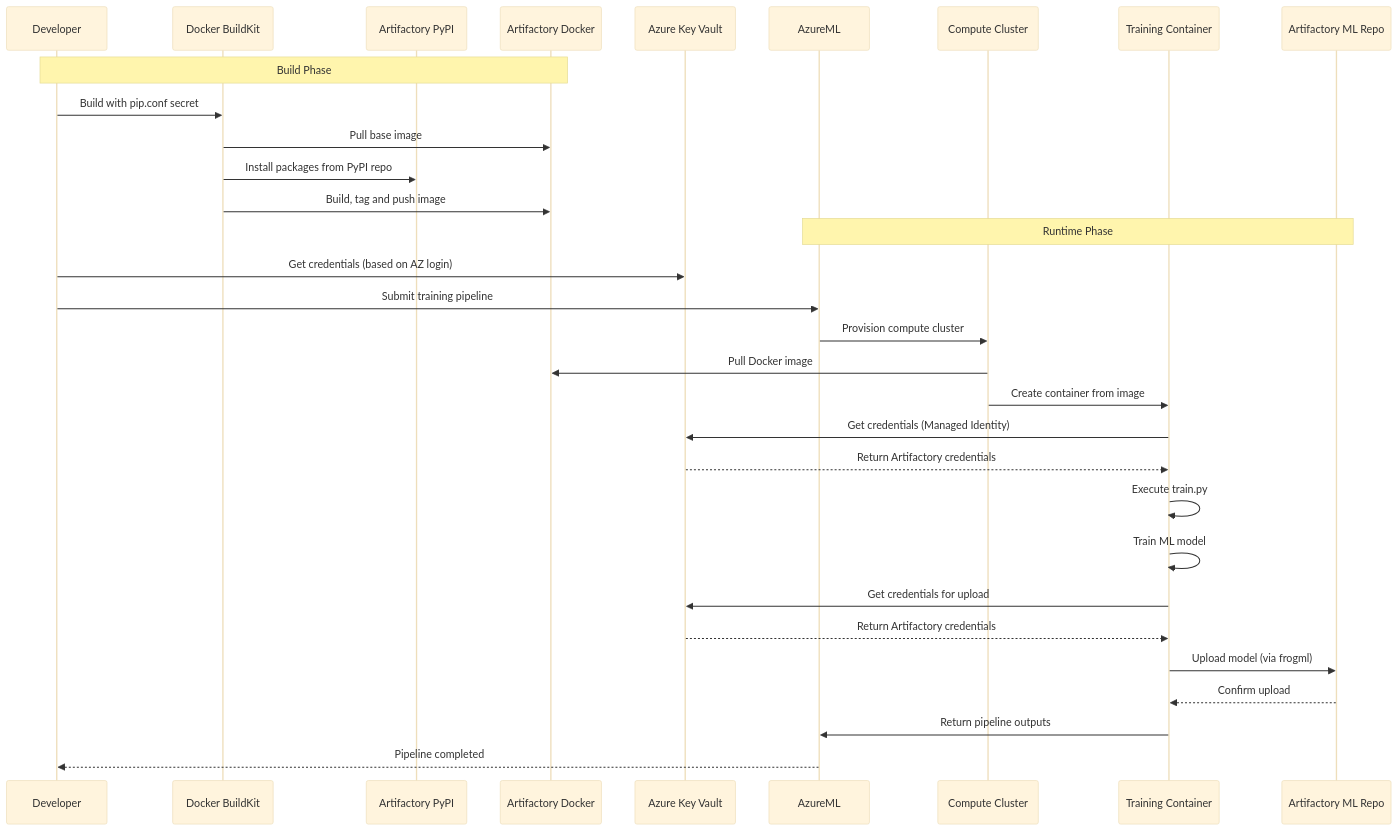
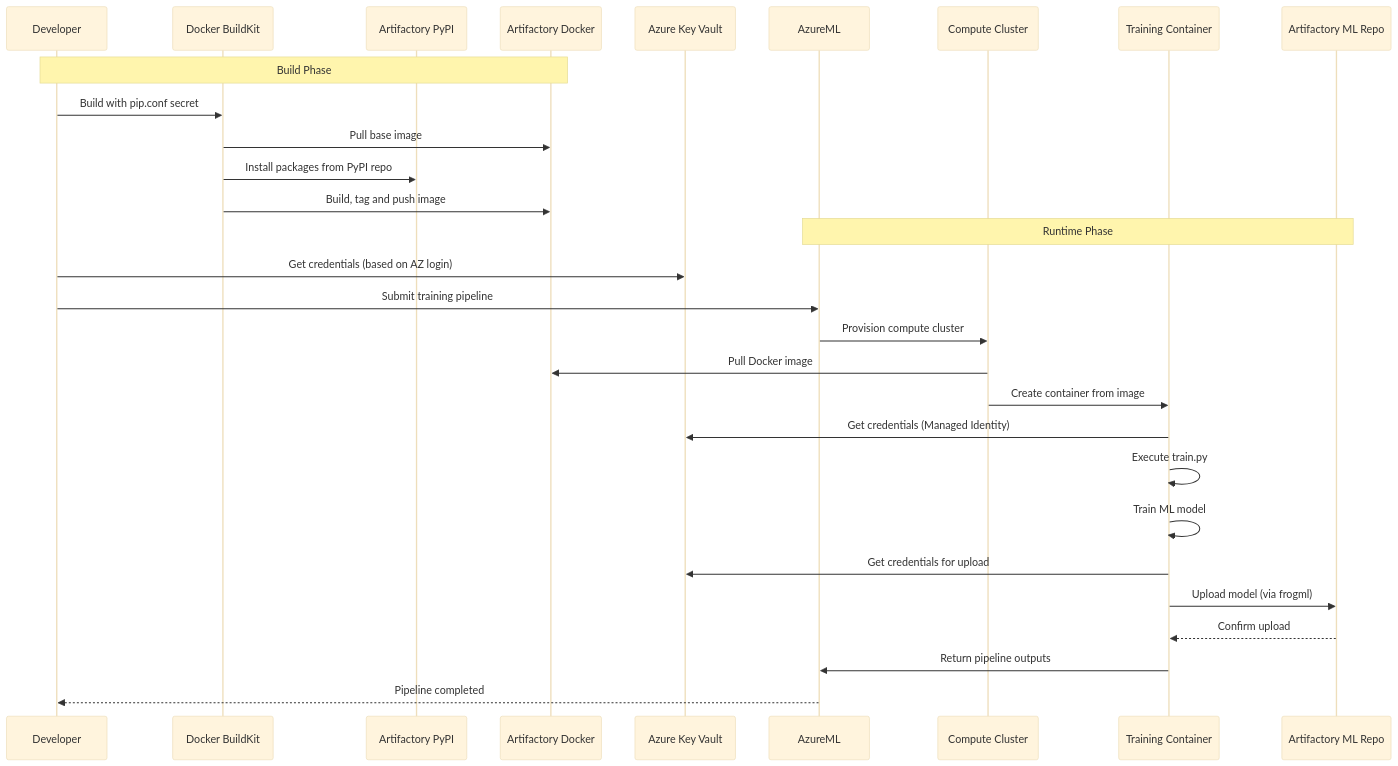
Before and after one commit to jfrog/JFrog-AzureML-integration: the third of 4 diagrams in README.md, drawn with Mermaid (base theme). The commit also changed other lines of this file, not shown here.

Commit message:
README: add KV calls to sequence diagram

````diff
--- a/README.md
+++ b/README.md
@@ -207,35 +207,33 @@
 ```mermaid
 sequenceDiagram
     participant Dev as Developer
     participant Docker as Docker BuildKit
     participant ArtPyPI as Artifactory PyPI
     participant ArtDocker as Artifactory Docker
     participant KV as Azure Key Vault
     participant AML as AzureML
     participant Compute as Compute Cluster
     participant Container as Training Container
     participant ArtML as Artifactory ML Repo
 
     Note over Dev,ArtDocker: Build Phase
     Dev->>Docker: Build with pip.conf secret
     Docker->>ArtDocker: Pull base image
     Docker->>ArtPyPI: Install packages from PyPI repo
     Docker->>ArtDocker: Build, tag and push image
 
     Note over AML,ArtML: Runtime Phase
     Dev->>KV: Get credentials (based on AZ login)
     Dev->>AML: Submit training pipeline
     AML->>Compute: Provision compute cluster
     Compute->>ArtDocker: Pull Docker image
     Compute->>Container: Create container from image
     Container->>KV: Get credentials (Managed Identity)
-    KV-->>Container: Return Artifactory credentials
     Container->>Container: Execute train.py
     Container->>Container: Train ML model
     Container->>KV: Get credentials for upload
-    KV-->>Container: Return Artifactory credentials
     Container->>ArtML: Upload model (via frogml)
     ArtML-->>Container: Confirm upload
     Container->>AML: Return pipeline outputs
     AML-->>Dev: Pipeline completed
 ```
````
